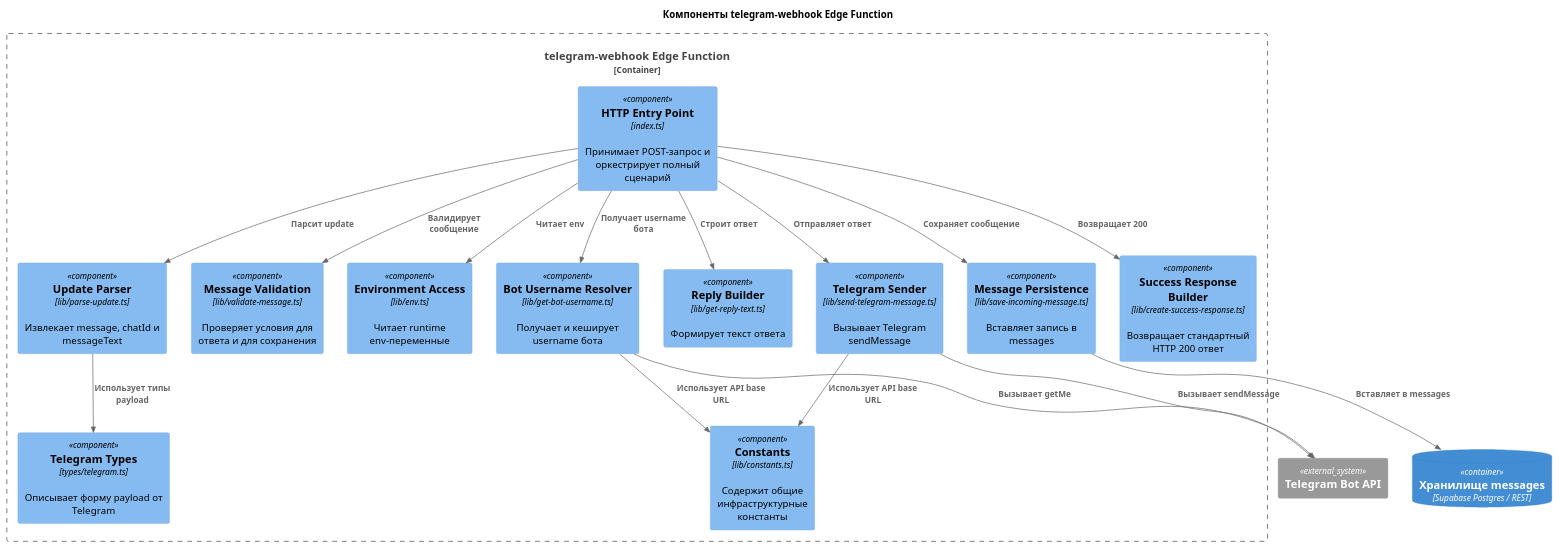
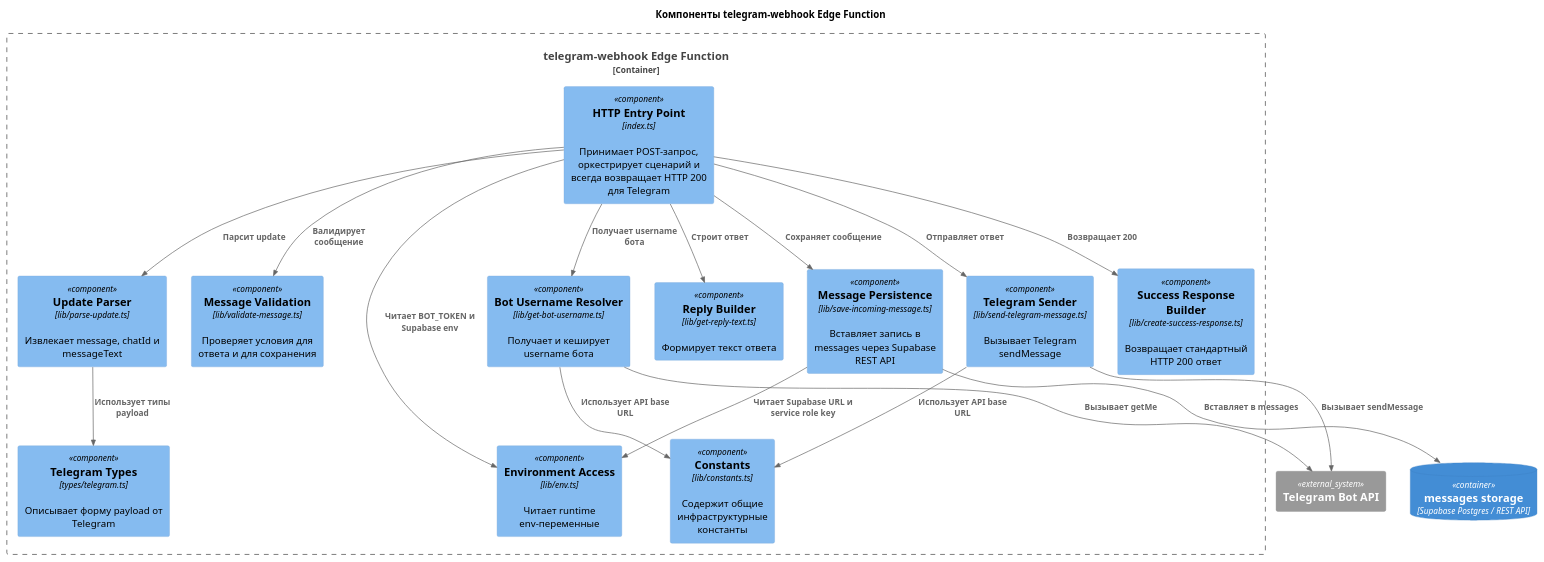
The diagram in docs/c4/component-webhook-service.puml (AbdulkaevGadel/vibeCodeFS), drawn with PlantUML before and after one commit. The commit also changed 5 other files, not shown here.

Commit message:
docs(c4): update architecture diagrams and admin panel components to match current implementation

```diff
--- a/docs/c4/component-webhook-service.puml
+++ b/docs/c4/component-webhook-service.puml
@@ -1,38 +1,39 @@
 @startuml
 !include https://raw.githubusercontent.com/plantuml-stdlib/C4-PlantUML/master/C4_Component.puml
 
 title Компоненты telegram-webhook Edge Function
 
 Container_Boundary(edgeFn, "telegram-webhook Edge Function") {
-  Component(entry, "HTTP Entry Point", "index.ts", "Принимает POST-запрос и оркестрирует полный сценарий")
+  Component(entry, "HTTP Entry Point", "index.ts", "Принимает POST-запрос, оркестрирует сценарий и всегда возвращает HTTP 200 для Telegram")
   Component(types, "Telegram Types", "types/telegram.ts", "Описывает форму payload от Telegram")
   Component(parser, "Update Parser", "lib/parse-update.ts", "Извлекает message, chatId и messageText")
   Component(validation, "Message Validation", "lib/validate-message.ts", "Проверяет условия для ответа и для сохранения")
   Component(env, "Environment Access", "lib/env.ts", "Читает runtime env-переменные")
   Component(constants, "Constants", "lib/constants.ts", "Содержит общие инфраструктурные константы")
   Component(botResolver, "Bot Username Resolver", "lib/get-bot-username.ts", "Получает и кеширует username бота")
   Component(replyBuilder, "Reply Builder", "lib/get-reply-text.ts", "Формирует текст ответа")
-  Component(persistence, "Message Persistence", "lib/save-incoming-message.ts", "Вставляет запись в messages")
+  Component(persistence, "Message Persistence", "lib/save-incoming-message.ts", "Вставляет запись в messages через Supabase REST API")
   Component(sender, "Telegram Sender", "lib/send-telegram-message.ts", "Вызывает Telegram sendMessage")
   Component(success, "Success Response Builder", "lib/create-success-response.ts", "Возвращает стандартный HTTP 200 ответ")
 }
 
-ContainerDb(db, "Хранилище messages", "Supabase Postgres / REST")
+ContainerDb(db, "messages storage", "Supabase Postgres / REST API")
 System_Ext(telegramApi, "Telegram Bot API")
 
+Rel(entry, env, "Читает BOT_TOKEN и Supabase env")
 Rel(entry, parser, "Парсит update")
 Rel(entry, validation, "Валидирует сообщение")
-Rel(entry, env, "Читает env")
 Rel(entry, botResolver, "Получает username бота")
 Rel(entry, replyBuilder, "Строит ответ")
 Rel(entry, persistence, "Сохраняет сообщение")
 Rel(entry, sender, "Отправляет ответ")
 Rel(entry, success, "Возвращает 200")
 Rel(parser, types, "Использует типы payload")
 Rel(botResolver, constants, "Использует API base URL")
 Rel(sender, constants, "Использует API base URL")
 Rel(botResolver, telegramApi, "Вызывает getMe")
 Rel(sender, telegramApi, "Вызывает sendMessage")
+Rel(persistence, env, "Читает Supabase URL и service role key")
 Rel(persistence, db, "Вставляет в messages")
 
 @enduml
```
